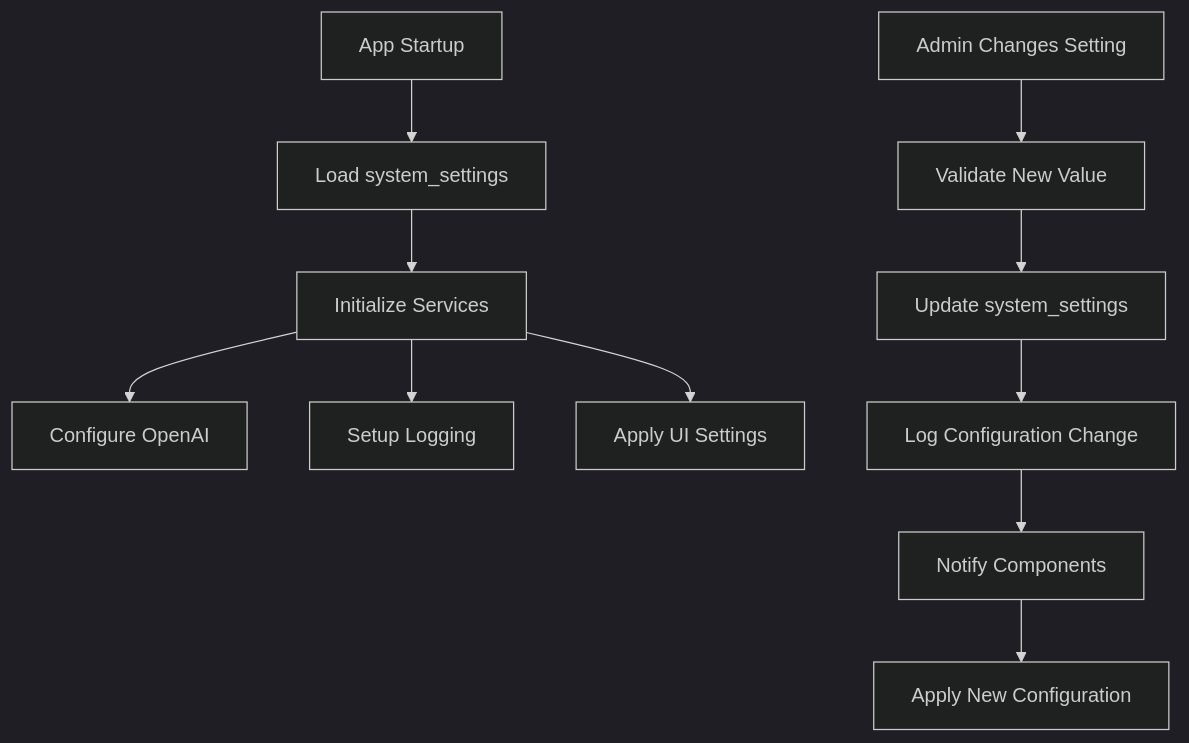
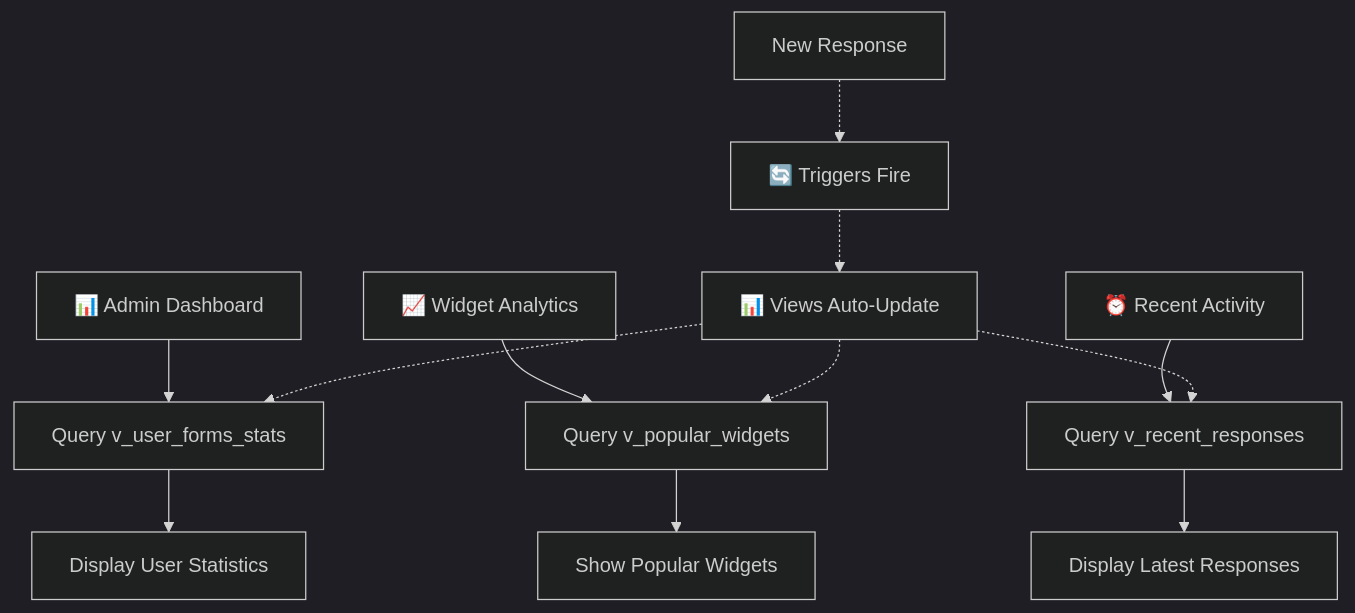
One commit to 123hassani-ai/Data-Save changed the fifth of 5 diagrams in docs/03-Database-Schema/relationships-diagram.md. Above: the diagram before and after it, drawn with Mermaid (dark theme). The commit also changed other lines of this file and 19 other files, not shown here.

````diff
--- a/docs/03-Database-Schema/relationships-diagram.md
+++ b/docs/03-Database-Schema/relationships-diagram.md
@@ -410,14 +428,18 @@
 ```mermaid
-flowchart TD
-    A[App Startup] --> B[Load system_settings]
-    B --> C[Initialize Services]
-    C --> D[Configure OpenAI]
-    C --> E[Setup Logging]
-    C --> F[Apply UI Settings]
+flowchart TD  
+    A[📊 Admin Dashboard] --> B[Query v_user_forms_stats]
+    B --> C[Display User Statistics]
     
-    G[Admin Changes Setting] --> H[Validate New Value]
-    H --> I[Update system_settings]
-    I --> J[Log Configuration Change]
-    J --> K[Notify Components]
-    K --> L[Apply New Configuration]
+    D[📈 Widget Analytics] --> E[Query v_popular_widgets]  
+    E --> F[Show Popular Widgets]
+    
+    G[⏰ Recent Activity] --> H[Query v_recent_responses]
+    H --> I[Display Latest Responses]
+    
+    %% Real-time Updates via Triggers
+    J[New Response] -.-> K[🔄 Triggers Fire]
+    K -.-> L[📊 Views Auto-Update]  
+    L -.-> B
+    L -.-> E
+    L -.-> H
 ```
````
